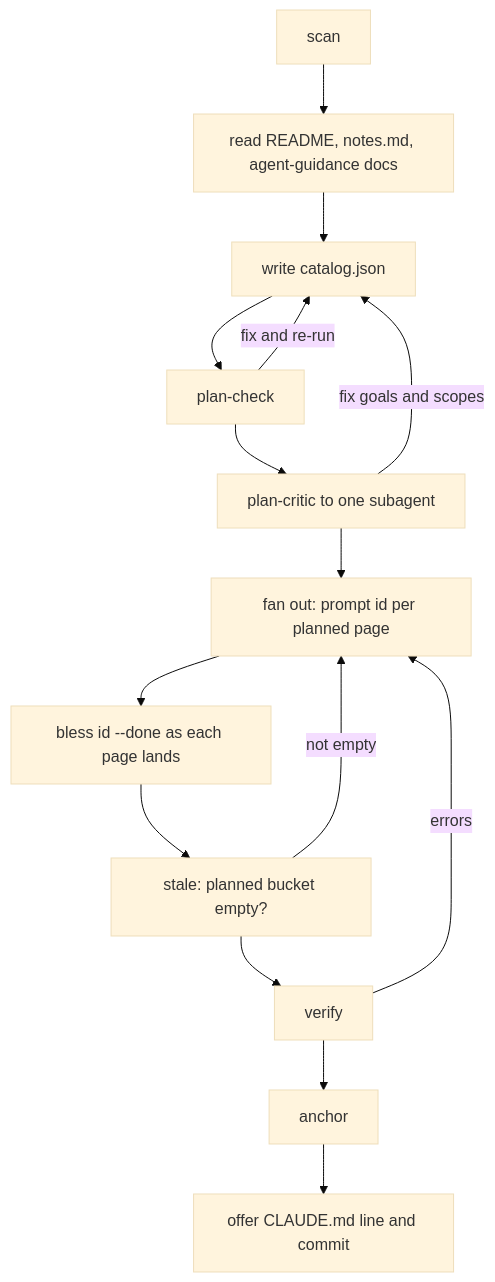
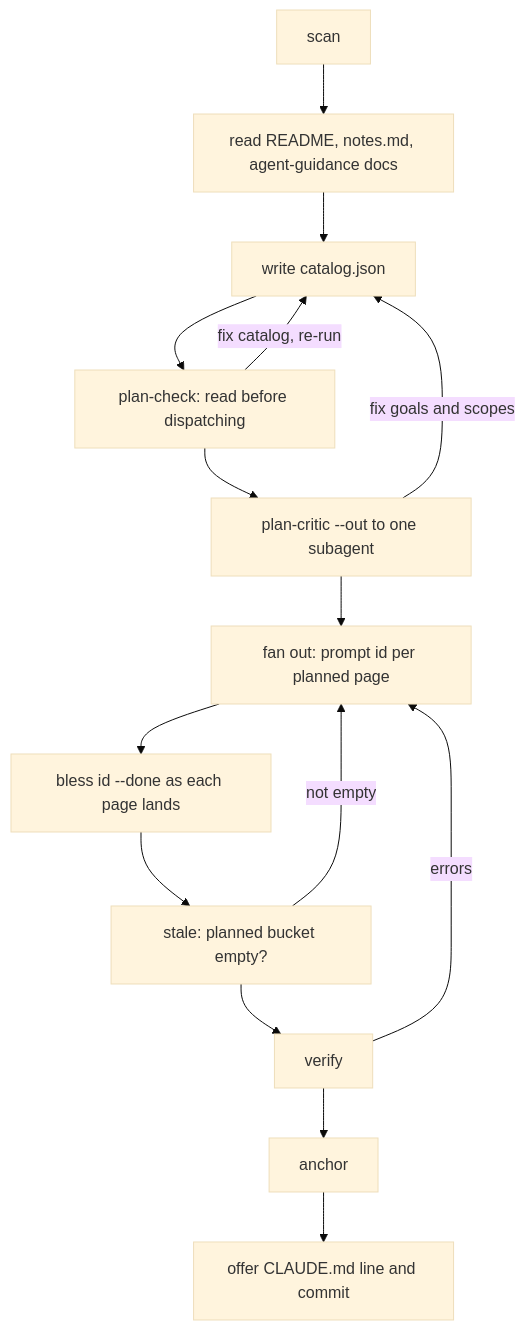
The diagram in .akashic/wiki/skill-orchestration.md (ARMeeru/akashic-record), drawn with Mermaid (base theme) before and after one commit. The commit also changed other lines of this file and 3 other files, not shown here.

````diff
--- a/.akashic/wiki/skill-orchestration.md
+++ b/.akashic/wiki/skill-orchestration.md
@@ -41,17 +49,17 @@
 ```mermaid
 flowchart TD
     A[scan] --> B[read README, notes.md, agent-guidance docs]
     B --> C[write catalog.json]
-    C --> D[plan-check]
-    D -->|fix and re-run| C
-    D --> E[plan-critic to one subagent]
+    C --> D[plan-check: read before dispatching]
+    D -->|fix catalog, re-run| C
+    D --> E[plan-critic --out to one subagent]
     E -->|fix goals and scopes| C
     E --> F[fan out: prompt id per planned page]
     F --> G[bless id --done as each page lands]
     G --> H[stale: planned bucket empty?]
     H -->|not empty| F
     H --> I[verify]
     I -->|errors| F
     I --> J[anchor]
     J --> K[offer CLAUDE.md line and commit]
 ```
````
